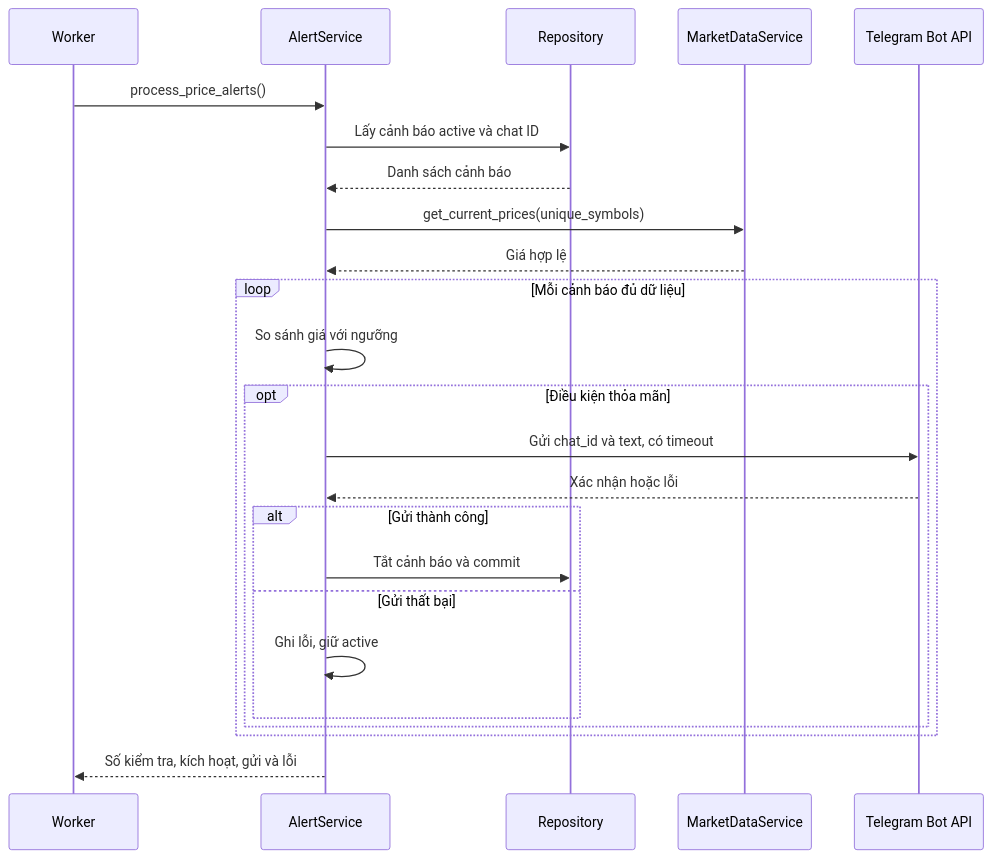
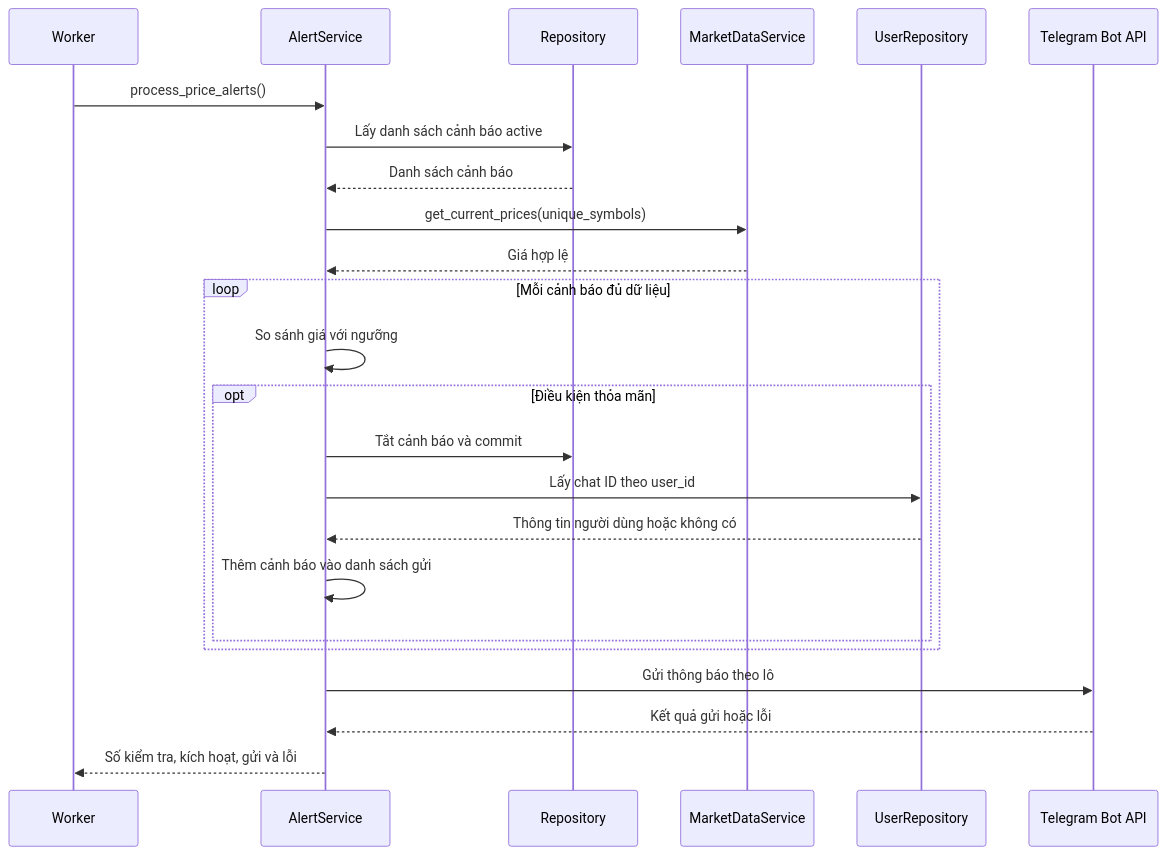
One commit to hoacangio/python-programming-excercises changed the seventh of 7 diagrams in report-theo-doi-chung-khoan/3.phan_tich_thiet_ke.md. Above: the diagram before and after it, drawn with Mermaid. The commit also changed other lines of this file and 15 other files, not shown here.

````diff
--- a/report-theo-doi-chung-khoan/3.phan_tich_thiet_ke.md
+++ b/report-theo-doi-chung-khoan/3.phan_tich_thiet_ke.md
@@ -493,26 +481,26 @@
 ```mermaid
 sequenceDiagram
     participant W as Worker
     participant A as AlertService
     participant R as Repository
     participant M as MarketDataService
+    participant U as UserRepository
     participant T as Telegram Bot API
     W->>A: process_price_alerts()
-    A->>R: Lấy cảnh báo active và chat ID
+    A->>R: Lấy danh sách cảnh báo active
     R-->>A: Danh sách cảnh báo
     A->>M: get_current_prices(unique_symbols)
     M-->>A: Giá hợp lệ
     loop Mỗi cảnh báo đủ dữ liệu
         A->>A: So sánh giá với ngưỡng
         opt Điều kiện thỏa mãn
-            A->>T: Gửi chat_id và text, có timeout
-            T-->>A: Xác nhận hoặc lỗi
-            alt Gửi thành công
-                A->>R: Tắt cảnh báo và commit
-            else Gửi thất bại
-                A->>A: Ghi lỗi, giữ active
-            end
+            A->>R: Tắt cảnh báo và commit
+            A->>U: Lấy chat ID theo user_id
+            U-->>A: Thông tin người dùng hoặc không có
+            A->>A: Thêm cảnh báo vào danh sách gửi
         end
     end
+    A->>T: Gửi thông báo theo lô
+    T-->>A: Kết quả gửi hoặc lỗi
     A-->>W: Số kiểm tra, kích hoạt, gửi và lỗi
 ```
````
